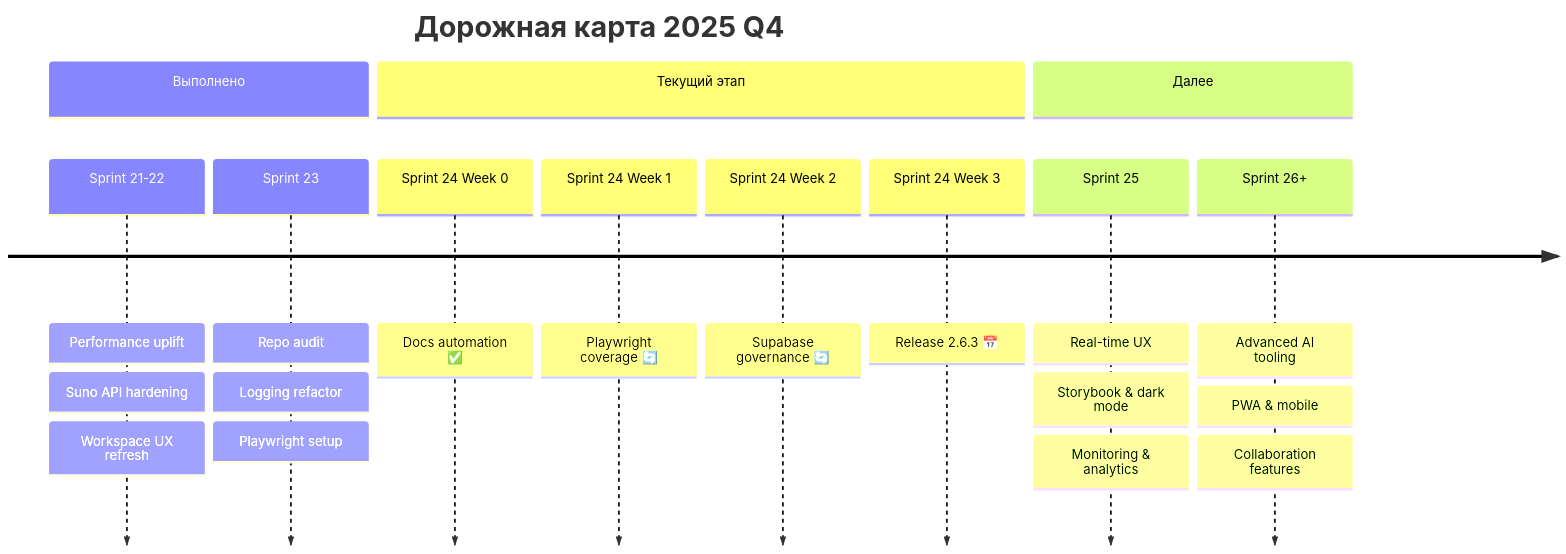
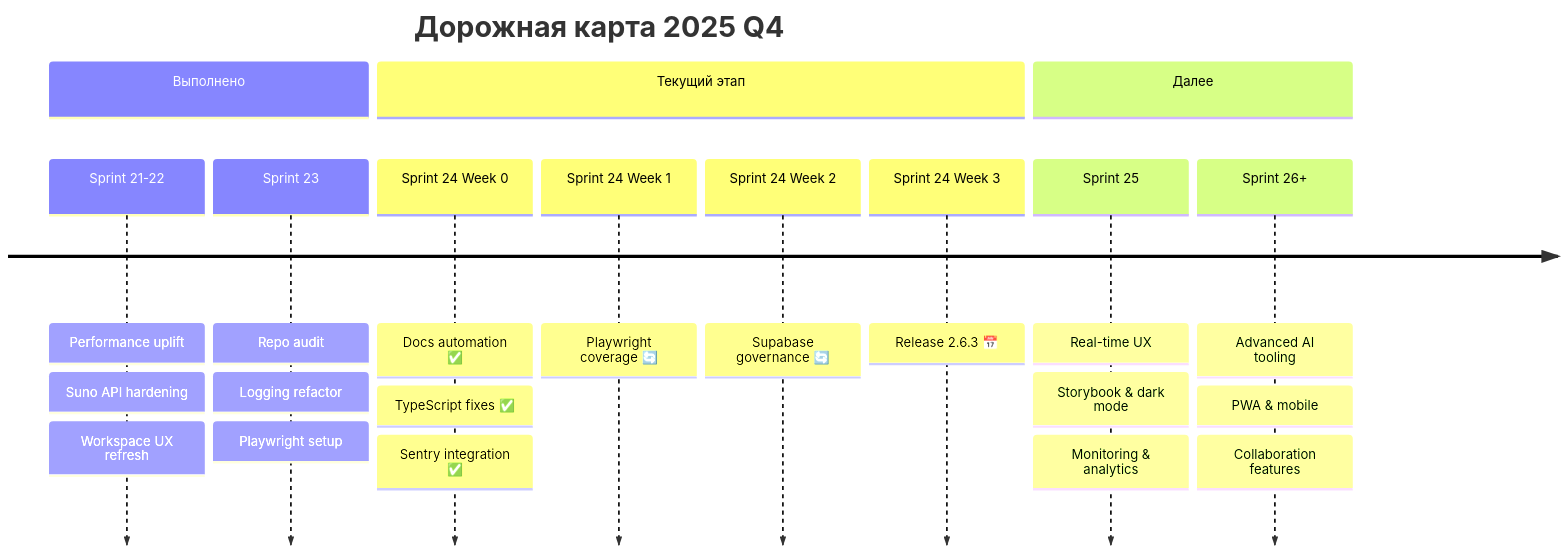
The diagram in docs/ROADMAP.md (HOW2AI-AGENCY/albert3-muse-synth-studio), drawn with Mermaid before and after one commit. The commit also changed other lines of this file and 4 other files, not shown here.

````diff
--- a/docs/ROADMAP.md
+++ b/docs/ROADMAP.md
@@ -16,23 +16,25 @@
 ```mermaid
 timeline
     title Дорожная карта 2025 Q4
     section Выполнено
         Sprint 21-22 : Performance uplift
                       : Suno API hardening
                       : Workspace UX refresh
         Sprint 23 : Repo audit
                   : Logging refactor
                   : Playwright setup
     section Текущий этап
         Sprint 24 Week 0 : Docs automation ✅
+                         : TypeScript fixes ✅
+                         : Sentry integration ✅
         Sprint 24 Week 1 : Playwright coverage 🔄
         Sprint 24 Week 2 : Supabase governance 🔄
         Sprint 24 Week 3 : Release 2.6.3 📅
     section Далее
         Sprint 25 : Real-time UX
                   : Storybook & dark mode
                   : Monitoring & analytics
         Sprint 26+ : Advanced AI tooling
                     : PWA & mobile
                     : Collaboration features
 ```
````
